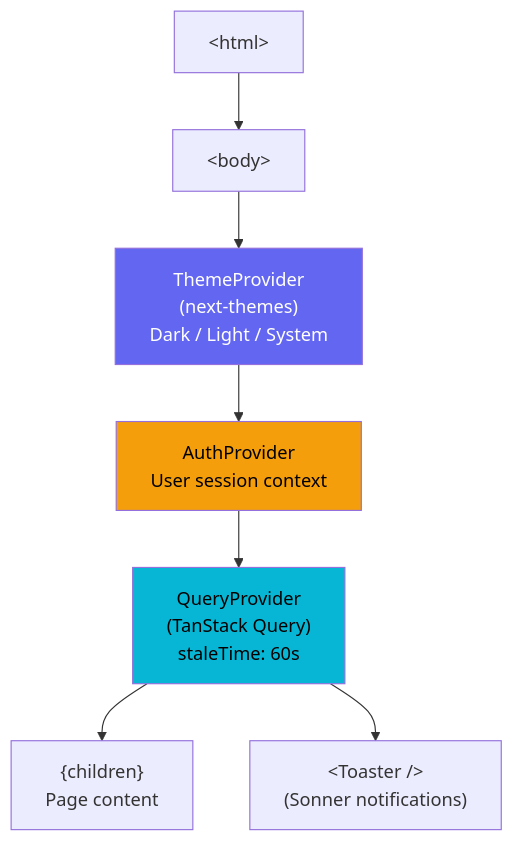
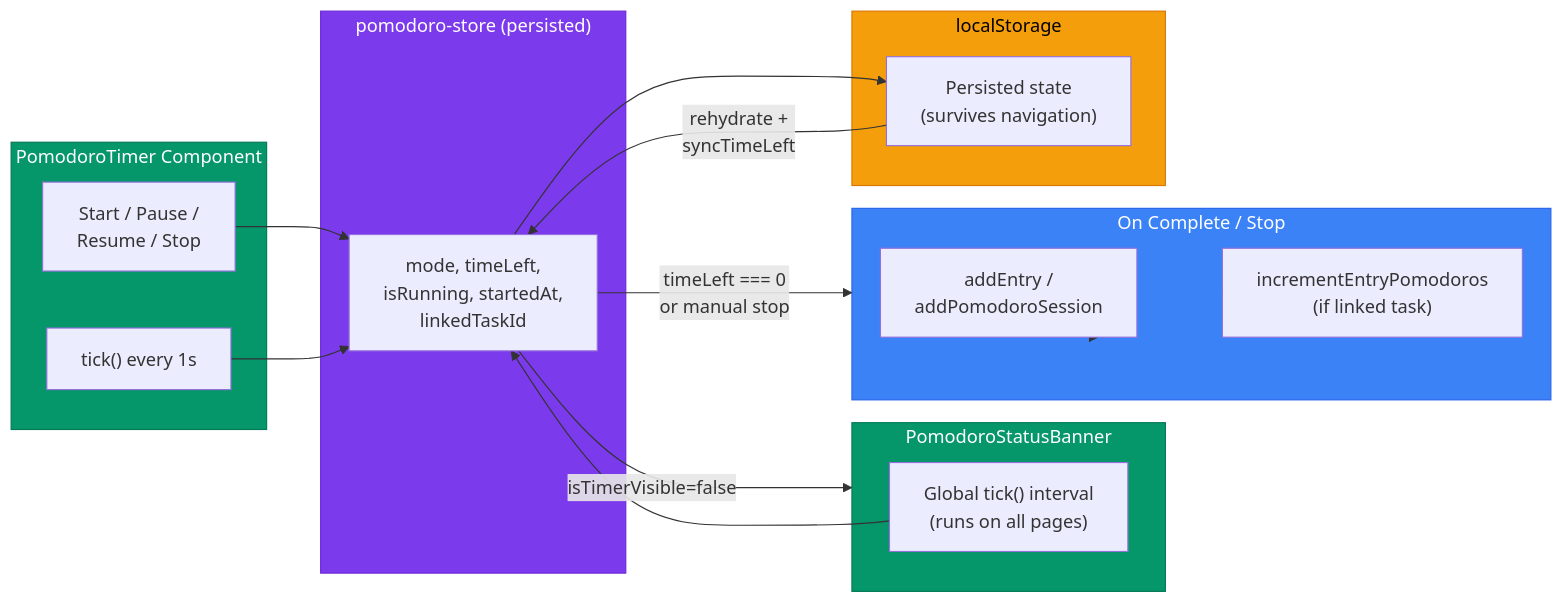
One commit to dipanjandey/Personal-Time-and-Habit-tracking-App changed the fourth of 7 diagrams in ARCHITECTURE.md. Above: the diagram before and after it, drawn with Mermaid. The commit also changed other lines of this file and 24 other files, not shown here.

````diff
--- a/ARCHITECTURE.md
+++ b/ARCHITECTURE.md
@@ -188,13 +217,40 @@
 ```mermaid
-graph TD
-    HTML["&lt;html&gt;"] --> Body["&lt;body&gt;"]
-    Body --> Theme["ThemeProvider<br/>(next-themes)<br/>Dark / Light / System"]
-    Theme --> Auth["AuthProvider<br/>User session context"]
-    Auth --> Query["QueryProvider<br/>(TanStack Query)<br/>staleTime: 60s"]
-    Query --> Children["{children}<br/>Page content"]
-    Query --> Toaster["&lt;Toaster /&gt;<br/>(Sonner notifications)"]
+flowchart LR
+    subgraph Timer ["PomodoroTimer Component"]
+        Controls["Start / Pause /<br/>Resume / Stop"]
+        Tick["tick() every 1s"]
+    end
 
-    style Theme fill:#6366f1,color:#fff
-    style Auth fill:#f59e0b,color:#000
-    style Query fill:#06b6d4,color:#000
+    subgraph PStore ["pomodoro-store (persisted)"]
+        State["mode, timeLeft,<br/>isRunning, startedAt,<br/>linkedTaskId"]
+    end
+
+    subgraph Banner ["PomodoroStatusBanner"]
+        GlobalTick["Global tick() interval<br/>(runs on all pages)"]
+    end
+
+    subgraph Save ["On Complete / Stop"]
+        CreateEntry["addEntry /<br/>addPomodoroSession"]
+        LinkTask["incrementEntryPomodoros<br/>(if linked task)"]
+    end
+
+    subgraph Storage ["localStorage"]
+        Persist["Persisted state<br/>(survives navigation)"]
+    end
+
+    Controls --> State
+    Tick --> State
+    State --> Persist
+    Persist -->|"rehydrate +<br/>syncTimeLeft"| State
+    State -->|"isTimerVisible=false"| Banner
+    GlobalTick --> State
+    State -->|"timeLeft === 0<br/>or manual stop"| Save
+    Save --> CreateEntry
+    Save --> LinkTask
+
+    style Timer fill:#059669,stroke:#047857,color:#fff
+    style PStore fill:#7c3aed,stroke:#6d28d9,color:#fff
+    style Banner fill:#059669,stroke:#047857,color:#fff
+    style Save fill:#3b82f6,stroke:#2563eb,color:#fff
+    style Storage fill:#f59e0b,stroke:#d97706,color:#000
 ```
````
